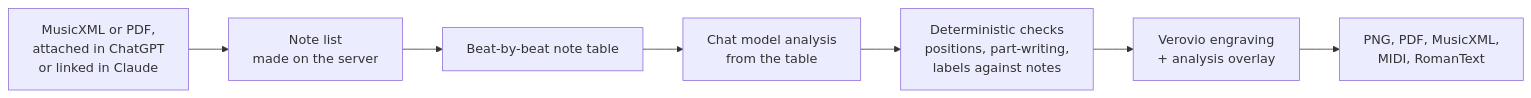
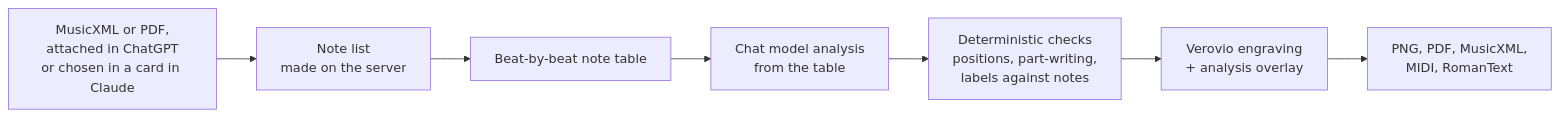
The diagram in README.md (Vedat-Ozkan/sheet-music-analysis), drawn with Mermaid before and after one commit. The commit also changed other lines of this file and 14 other files, not shown here.

First line of the commit message:
Claude: an upload card is the main way to give the score, links stay as a fallback

````diff
--- a/README.md
+++ b/README.md
@@ -35,9 +35,9 @@
 ```mermaid
 flowchart LR
-    A[MusicXML or PDF,<br/>attached in ChatGPT<br/>or linked in Claude] --> B[Note list<br/>made on the server]
+    A[MusicXML or PDF,<br/>attached in ChatGPT<br/>or chosen in a card in Claude] --> B[Note list<br/>made on the server]
     B --> C[Beat-by-beat note table]
     C --> D[Chat model analysis<br/>from the table]
     D --> E[Deterministic checks<br/>positions, part-writing,<br/>labels against notes]
     E --> F[Verovio engraving<br/>+ analysis overlay]
     F --> G[PNG, PDF, MusicXML,<br/>MIDI, RomanText]
 ```
````
